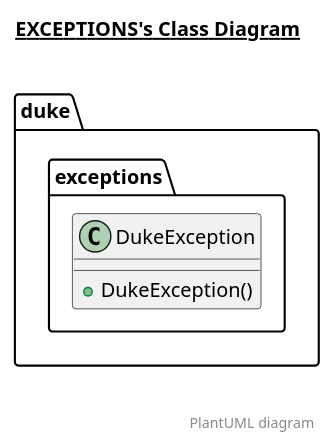
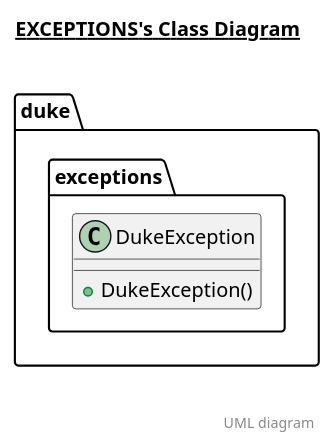
One commit to nus-tic4001-AY2021S1/ip changed the diagram in docs/diagrams/exceptions.plantuml. Above: the diagram before and after it, drawn with PlantUML. The commit also changed 12 other files, not shown here.

Commit message:
Edit command UML, Fix Storage issue

```diff
--- a/docs/diagrams/exceptions.plantuml
+++ b/docs/diagrams/exceptions.plantuml
@@ -1,22 +1,22 @@
 @startuml
 
 title __EXCEPTIONS's Class Diagram__\n
 
   namespace duke {
     namespace exceptions {
       class duke.exceptions.DukeException {
           + DukeException()
       }
     }
   }
   
 
 
 
 right footer
 
 
-PlantUML diagram
+UML diagram
 endfooter
 
 @enduml
```
